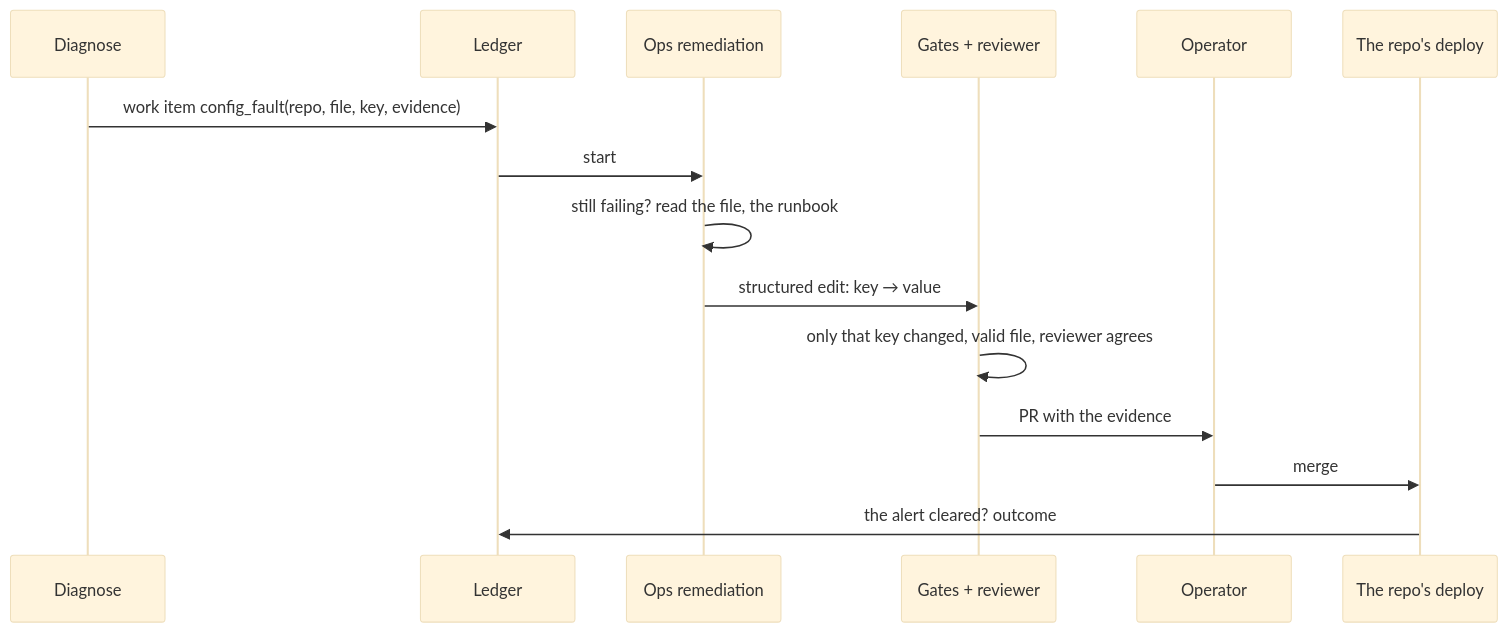
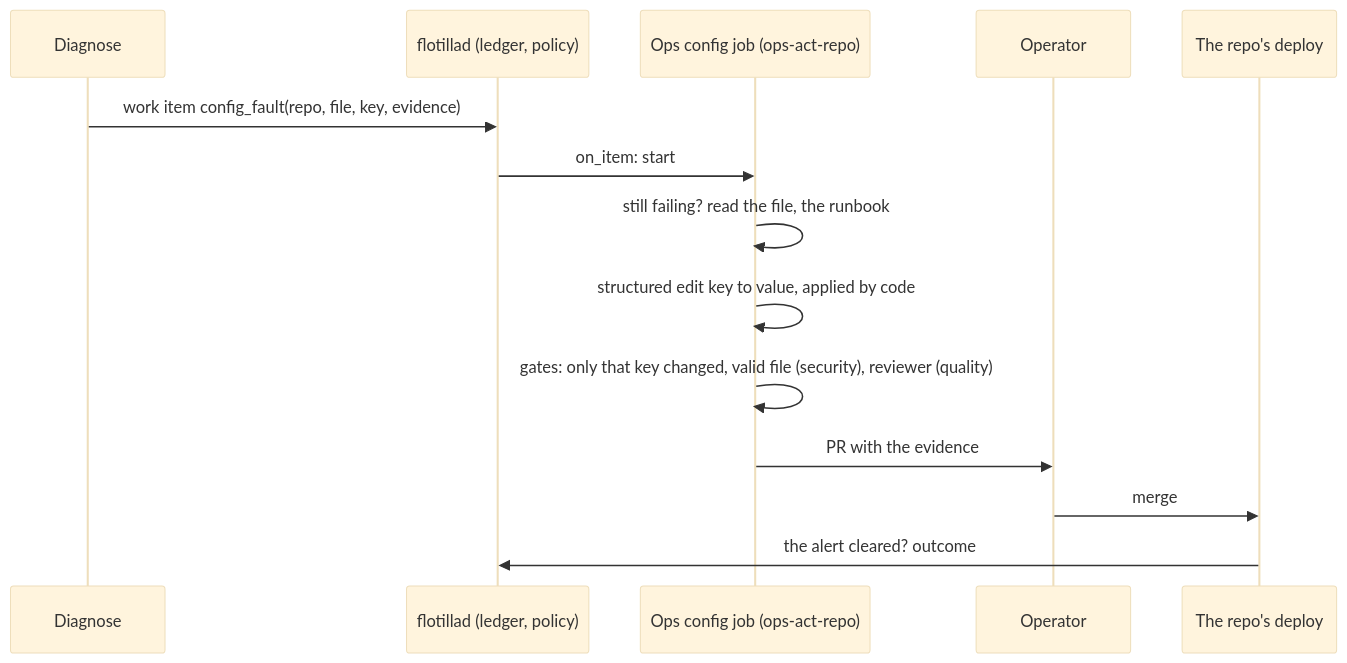
The seventh of 9 diagrams in docs/rfc/RFC-0004-agent-pipeline.md (chipi/flotilla), drawn with Mermaid (base theme) before and after one commit. The commit also changed other lines of this file, not shown here.

````diff
--- a/docs/rfc/RFC-0004-agent-pipeline.md
+++ b/docs/rfc/RFC-0004-agent-pipeline.md
@@ -310,17 +378,16 @@
 ```mermaid
 sequenceDiagram
     participant D as Diagnose
-    participant L as Ledger
-    participant Rm as Ops remediation
-    participant G as Gates + reviewer
+    participant F as flotillad (ledger, policy)
+    participant Ch as Ops config job (ops-act-repo)
     participant Op as Operator
     participant Dp as The repo's deploy
-    D->>L: work item config_fault(repo, file, key, evidence)
-    L->>Rm: start
-    Rm->>Rm: still failing? read the file, the runbook
-    Rm->>G: structured edit: key → value
-    G->>G: only that key changed, valid file, reviewer agrees
-    G->>Op: PR with the evidence
+    D->>F: work item config_fault(repo, file, key, evidence)
+    F->>Ch: on_item: start
+    Ch->>Ch: still failing? read the file, the runbook
+    Ch->>Ch: structured edit key to value, applied by code
+    Ch->>Ch: gates: only that key changed, valid file (security), reviewer (quality)
+    Ch->>Op: PR with the evidence
     Op->>Dp: merge
-    Dp->>L: the alert cleared? outcome
+    Dp->>F: the alert cleared? outcome
 ```
````
